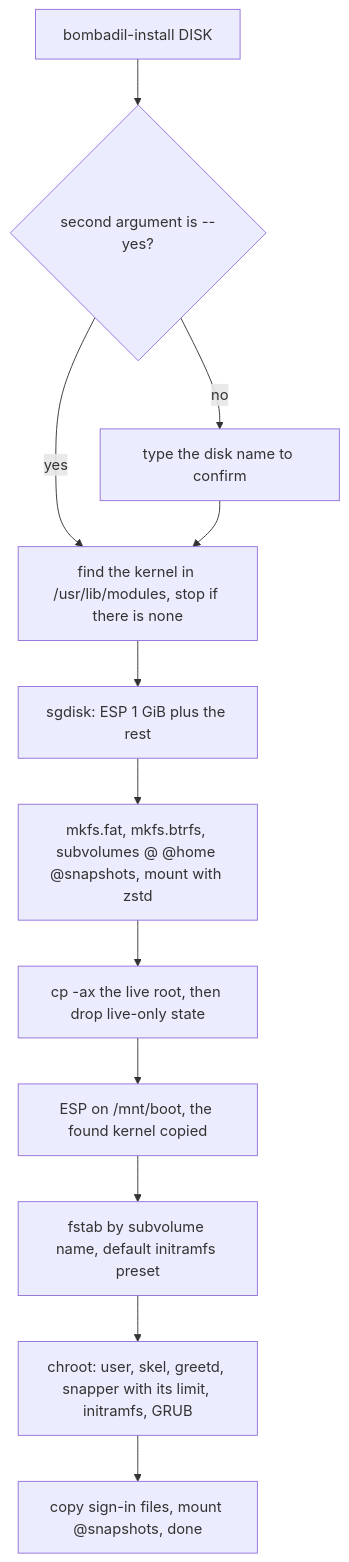
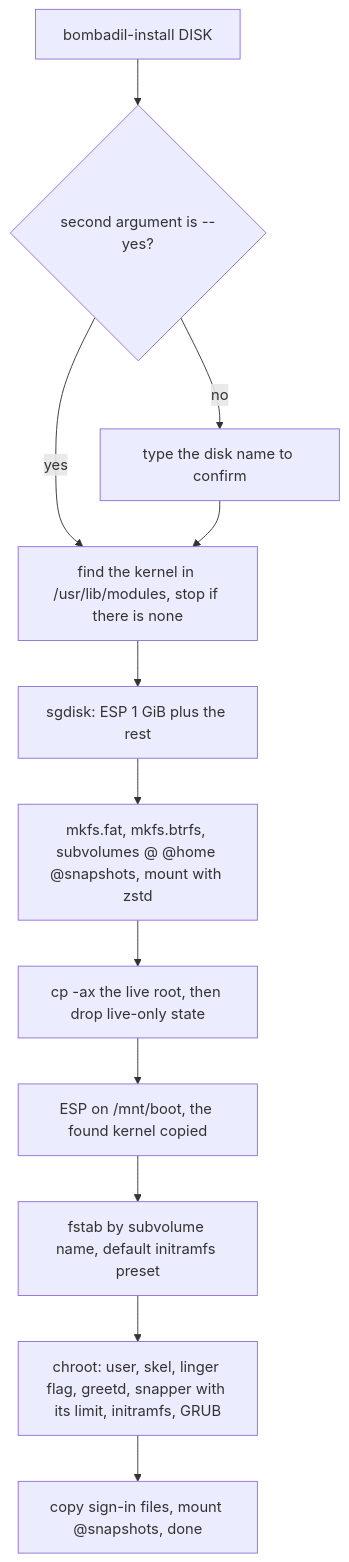
Before and after one commit to thedefaultman/Bombadil: the third of 4 diagrams in docs/architecture/iso-and-install.md, drawn with Mermaid. The commit also changed other lines of this file and 37 other files, not shown here.

````diff
--- a/docs/architecture/iso-and-install.md
+++ b/docs/architecture/iso-and-install.md
@@ -238,14 +257,14 @@
 ```mermaid
 flowchart TB
     A["bombadil-install DISK"] --> B{"second argument is --yes?"}
     B -->|"no"| C["type the disk name to confirm"]
     B -->|"yes"| K["find the kernel in /usr/lib/modules, stop if there is none"]
     C --> K
     K --> D["sgdisk: ESP 1 GiB plus the rest"]
     D --> E["mkfs.fat, mkfs.btrfs, subvolumes @ @home @snapshots, mount with zstd"]
     E --> F["cp -ax the live root, then drop live-only state"]
     F --> G["ESP on /mnt/boot, the found kernel copied"]
     G --> H["fstab by subvolume name, default initramfs preset"]
-    H --> I["chroot: user, skel, greetd, snapper with its limit, initramfs, GRUB"]
+    H --> I["chroot: user, skel, linger flag, greetd, snapper with its limit, initramfs, GRUB"]
     I --> J["copy sign-in files, mount @snapshots, done"]
 ```
````
